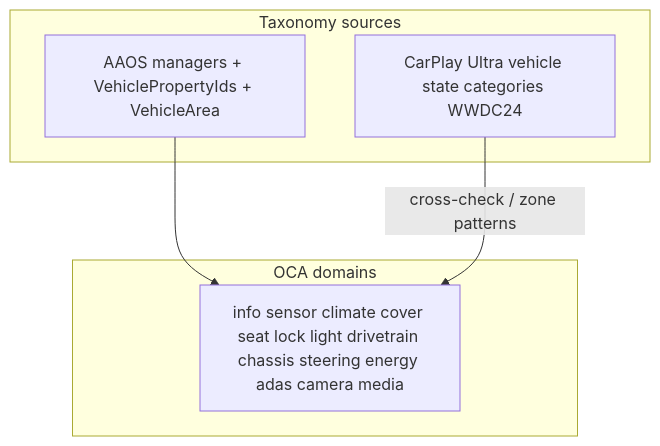
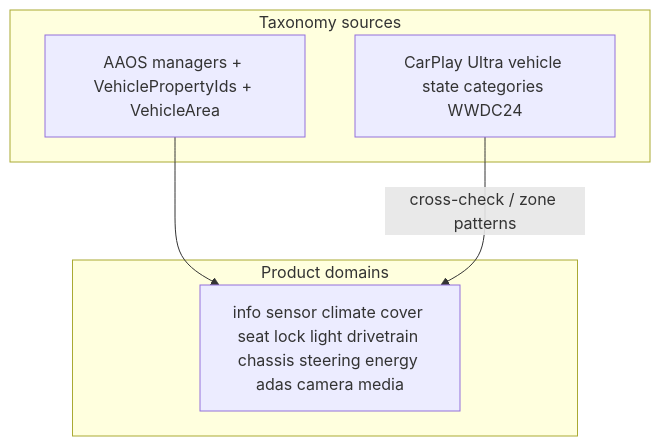
One commit to humbertogontijo/open-car-assistant changed the diagram in docs/domains.md. Above: the diagram before and after it, drawn with Mermaid. The commit also changed other lines of this file and 186 other files, not shown here.

````diff
--- a/docs/domains.md
+++ b/docs/domains.md
@@ -12,12 +12,12 @@
 ```mermaid
 flowchart TB
   subgraph sources [Taxonomy sources]
     AAOS["AAOS managers + VehiclePropertyIds + VehicleArea"]
     CPU["CarPlay Ultra vehicle state categories WWDC24"]
   end
-  subgraph ocaDomains [OCA domains]
+  subgraph productDomains [Product domains]
     Domains["info sensor climate cover seat lock light drivetrain chassis steering energy adas camera media"]
   end
   AAOS --> Domains
   CPU -->|"cross-check / zone patterns"| Domains
 ```
````
